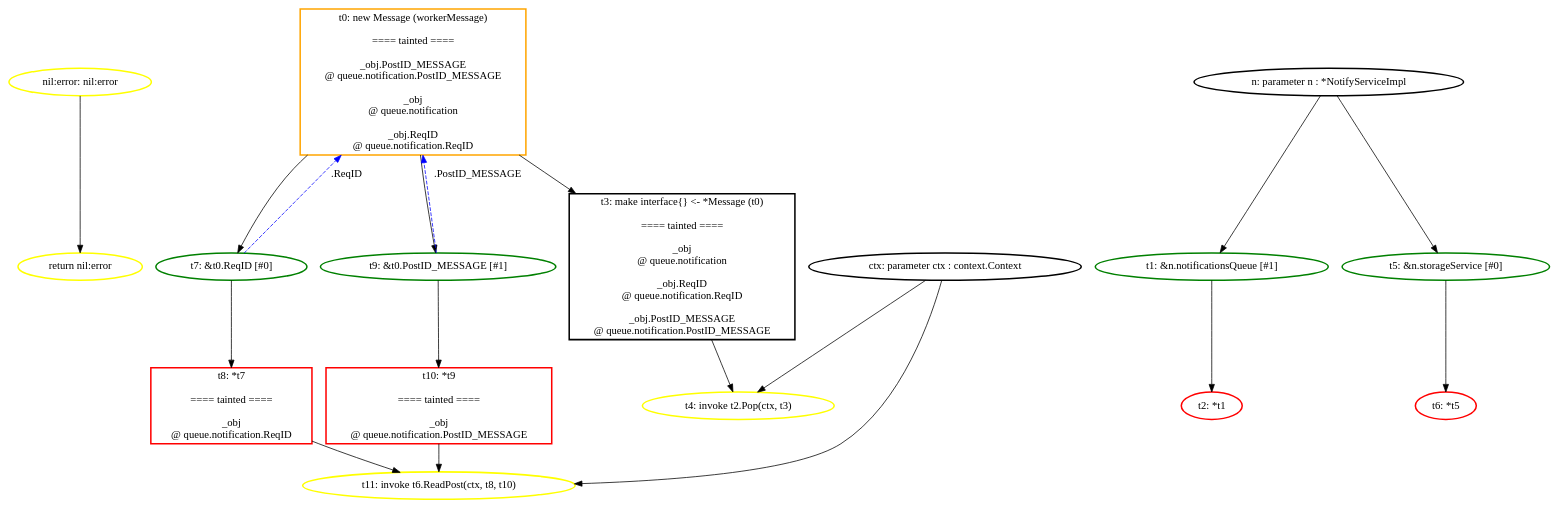
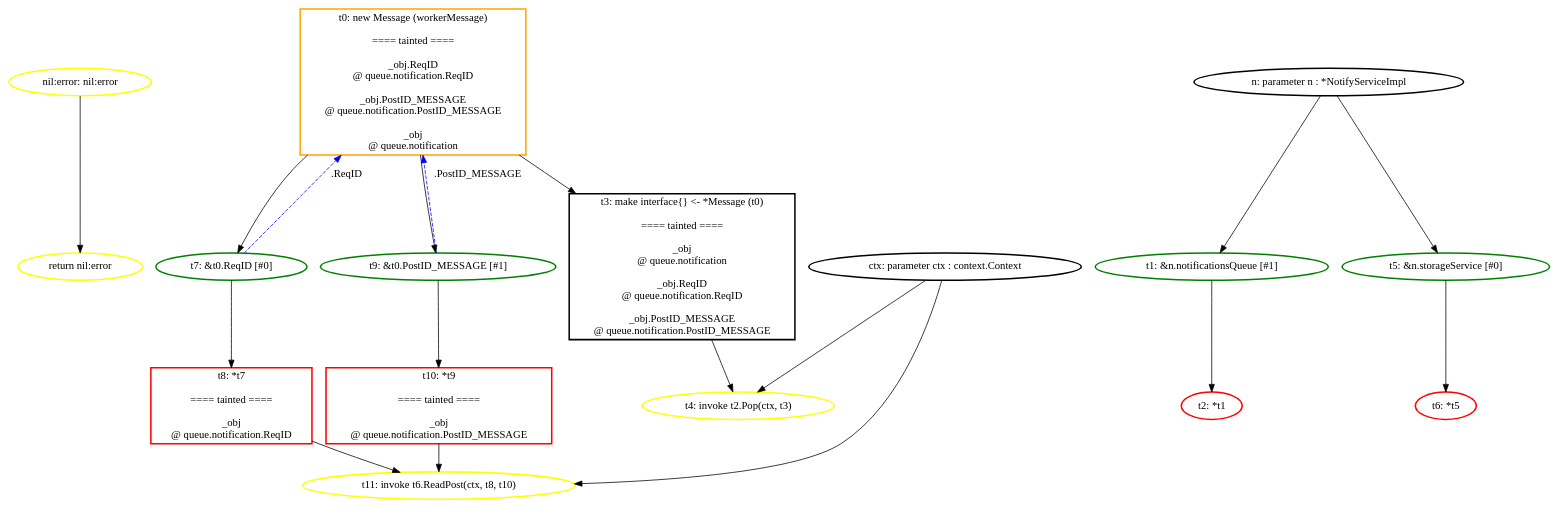
The diagram in ssa_analysis/analyzer/output/blueprint/postnotification/notifyservice_run/graphs/postnotification_simple.NotifyService.workerThread.dot (aletheia-microservices/aletheia), drawn with Graphviz before and after one commit. The commit also changed 21 other files, not shown here.

```diff
--- a/ssa_analysis/analyzer/output/blueprint/postnotification/notifyservice_run/graphs/postnotification_simple.NotifyService.workerThread.dot
+++ b/ssa_analysis/analyzer/output/blueprint/postnotification/notifyservice_run/graphs/postnotification_simple.NotifyService.workerThread.dot
@@ -1,72 +1,72 @@
 digraph G {
 	rankdir=TD;
-	N_instr_ret_2756667 [label="return nil:error", style=bold, shape=ellipse, color="yellow"];
-	N_nil_266058881 [label="nil:error: nil:error", style=bold, shape=ellipse, color="yellow"];
-	N_val_alloc_2756490 [label="t0: new Message (workerMessage)
+	N_instr_ret_3146755 [label="return nil:error", style=bold, shape=ellipse, color="yellow"];
+	N_nil_1106173098 [label="nil:error: nil:error", style=bold, shape=ellipse, color="yellow"];
+	N_val_alloc_3146578 [label="t0: new Message (workerMessage)
 
 ==== tainted ====
+
+_obj.ReqID
+@ queue.notification.ReqID
 
 _obj.PostID_MESSAGE
 @ queue.notification.PostID_MESSAGE
 
 _obj
 @ queue.notification
-
-_obj.ReqID
-@ queue.notification.ReqID
 ", style=bold, shape=box, color="orange"];
-	N_val_call_2756538 [label="t4: invoke t2.Pop(ctx, t3)", style=bold, shape=ellipse, color="yellow"];
-	N_val_call_2756587 [label="t11: invoke t6.ReadPost(ctx, t8, t10)", style=bold, shape=ellipse, color="yellow"];
-	N_val_field_2756516 [label="t1: &n.notificationsQueue [#1]", style=bold, shape=ellipse, color="green"];
-	N_val_field_2756564 [label="t5: &n.storageService [#0]", style=bold, shape=ellipse, color="green"];
-	N_val_field_2756607 [label="t7: &t0.ReqID [#0]", style=bold, shape=ellipse, color="green"];
-	N_val_field_2756628 [label="t9: &t0.PostID_MESSAGE [#1]", style=bold, shape=ellipse, color="green"];
+	N_val_call_3146626 [label="t4: invoke t2.Pop(ctx, t3)", style=bold, shape=ellipse, color="yellow"];
+	N_val_call_3146675 [label="t11: invoke t6.ReadPost(ctx, t8, t10)", style=bold, shape=ellipse, color="yellow"];
+	N_val_field_3146604 [label="t1: &n.notificationsQueue [#1]", style=bold, shape=ellipse, color="green"];
+	N_val_field_3146652 [label="t5: &n.storageService [#0]", style=bold, shape=ellipse, color="green"];
+	N_val_field_3146695 [label="t7: &t0.ReqID [#0]", style=bold, shape=ellipse, color="green"];
+	N_val_field_3146716 [label="t9: &t0.PostID_MESSAGE [#1]", style=bold, shape=ellipse, color="green"];
 	N_val_ifacet3 [label="t3: make interface{} <- *Message (t0)
 
 ==== tainted ====
 
 _obj
 @ queue.notification
 
 _obj.ReqID
 @ queue.notification.ReqID
 
 _obj.PostID_MESSAGE
 @ queue.notification.PostID_MESSAGE
 ", style=bold, shape=box, color="black"];
-	N_val_param_2756374 [label="n: parameter n : *NotifyServiceImpl", style=bold, shape=ellipse, color="black"];
-	N_val_param_2756409 [label="ctx: parameter ctx : context.Context", style=bold, shape=ellipse, color="black"];
-	N_val_unary_2756516 [label="t2: *t1", style=bold, shape=ellipse, color="red"];
-	N_val_unary_2756564 [label="t6: *t5", style=bold, shape=ellipse, color="red"];
-	N_val_unary_2756607 [label="t8: *t7
+	N_val_param_3146462 [label="n: parameter n : *NotifyServiceImpl", style=bold, shape=ellipse, color="black"];
+	N_val_param_3146497 [label="ctx: parameter ctx : context.Context", style=bold, shape=ellipse, color="black"];
+	N_val_unary_3146604 [label="t2: *t1", style=bold, shape=ellipse, color="red"];
+	N_val_unary_3146652 [label="t6: *t5", style=bold, shape=ellipse, color="red"];
+	N_val_unary_3146695 [label="t8: *t7
 
 ==== tainted ====
 
 _obj
 @ queue.notification.ReqID
 ", style=bold, shape=box, color="red"];
-	N_val_unary_2756628 [label="t10: *t9
+	N_val_unary_3146716 [label="t10: *t9
 
 ==== tainted ====
 
 _obj
 @ queue.notification.PostID_MESSAGE
 ", style=bold, shape=box, color="red"];
-	N_val_param_2756374 -> N_val_field_2756516;
-	N_val_field_2756516 -> N_val_unary_2756516;
-	N_val_alloc_2756490 -> N_val_ifacet3;
-	N_val_param_2756409 -> N_val_call_2756538;
-	N_val_ifacet3 -> N_val_call_2756538;
-	N_val_param_2756374 -> N_val_field_2756564;
-	N_val_field_2756564 -> N_val_unary_2756564;
-	N_val_alloc_2756490 -> N_val_field_2756607;
-	N_val_field_2756607 -> N_val_unary_2756607;
-	N_val_alloc_2756490 -> N_val_field_2756628;
-	N_val_field_2756628 -> N_val_unary_2756628;
-	N_val_param_2756409 -> N_val_call_2756587;
-	N_val_unary_2756607 -> N_val_call_2756587;
-	N_val_unary_2756628 -> N_val_call_2756587;
-	N_nil_266058881 -> N_instr_ret_2756667;
-	N_val_field_2756607 -> N_val_alloc_2756490 [label=".ReqID", style=dashed, color=blue];
-	N_val_field_2756628 -> N_val_alloc_2756490 [label=".PostID_MESSAGE", style=dashed, color=blue];
+	N_val_param_3146462 -> N_val_field_3146604;
+	N_val_field_3146604 -> N_val_unary_3146604;
+	N_val_alloc_3146578 -> N_val_ifacet3;
+	N_val_param_3146497 -> N_val_call_3146626;
+	N_val_ifacet3 -> N_val_call_3146626;
+	N_val_param_3146462 -> N_val_field_3146652;
+	N_val_field_3146652 -> N_val_unary_3146652;
+	N_val_alloc_3146578 -> N_val_field_3146695;
+	N_val_field_3146695 -> N_val_unary_3146695;
+	N_val_alloc_3146578 -> N_val_field_3146716;
+	N_val_field_3146716 -> N_val_unary_3146716;
+	N_val_param_3146497 -> N_val_call_3146675;
+	N_val_unary_3146695 -> N_val_call_3146675;
+	N_val_unary_3146716 -> N_val_call_3146675;
+	N_nil_1106173098 -> N_instr_ret_3146755;
+	N_val_field_3146716 -> N_val_alloc_3146578 [label=".PostID_MESSAGE", style=dashed, color=blue];
+	N_val_field_3146695 -> N_val_alloc_3146578 [label=".ReqID", style=dashed, color=blue];
 }
```
